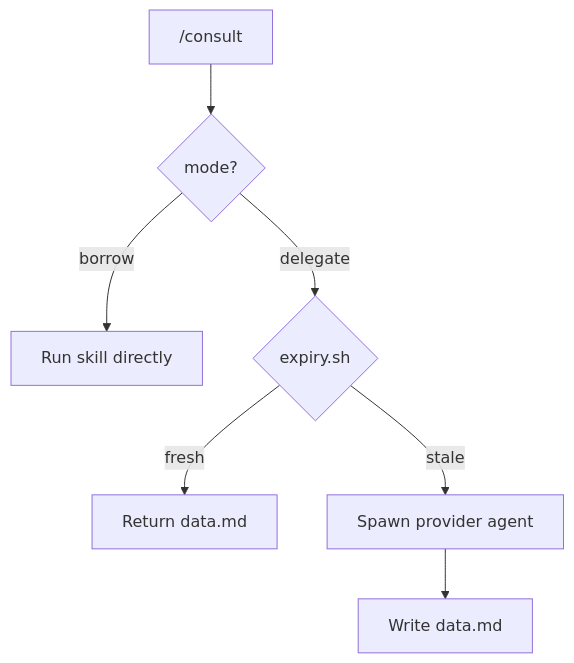
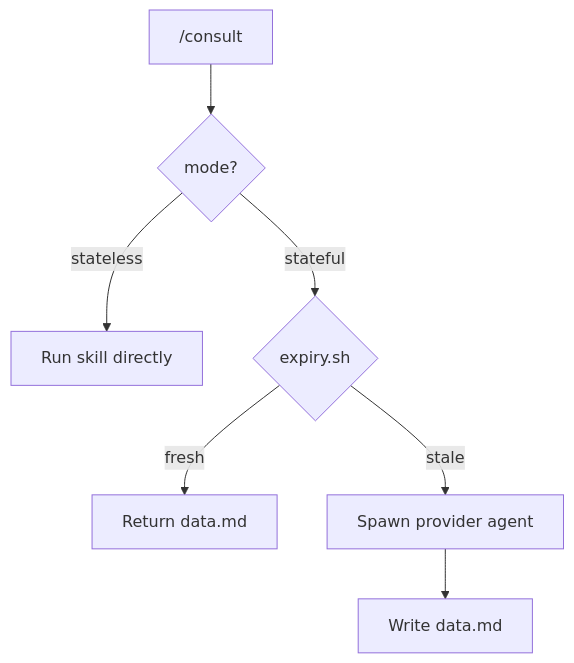
One commit to Kord96/kordinate changed the diagram in docs/framework/kords.md. Above: the diagram before and after it, drawn with Mermaid. The commit also changed other lines of this file and 10 other files, not shown here.

First line of the commit message:
Rename kord modes: borrow/delegate → stateless/stateful

````diff
--- a/docs/framework/kords.md
+++ b/docs/framework/kords.md
@@ -61,9 +61,9 @@
 ```mermaid
 flowchart TB
     C["/consult"] --> M{mode?}
-    M -->|borrow| S[Run skill directly]
-    M -->|delegate| G{"expiry.sh"}
+    M -->|stateless| S[Run skill directly]
+    M -->|stateful| G{"expiry.sh"}
     G -->|fresh| D[Return data.md]
     G -->|stale| K[Spawn provider agent]
     K --> W[Write data.md]
 ```
````
